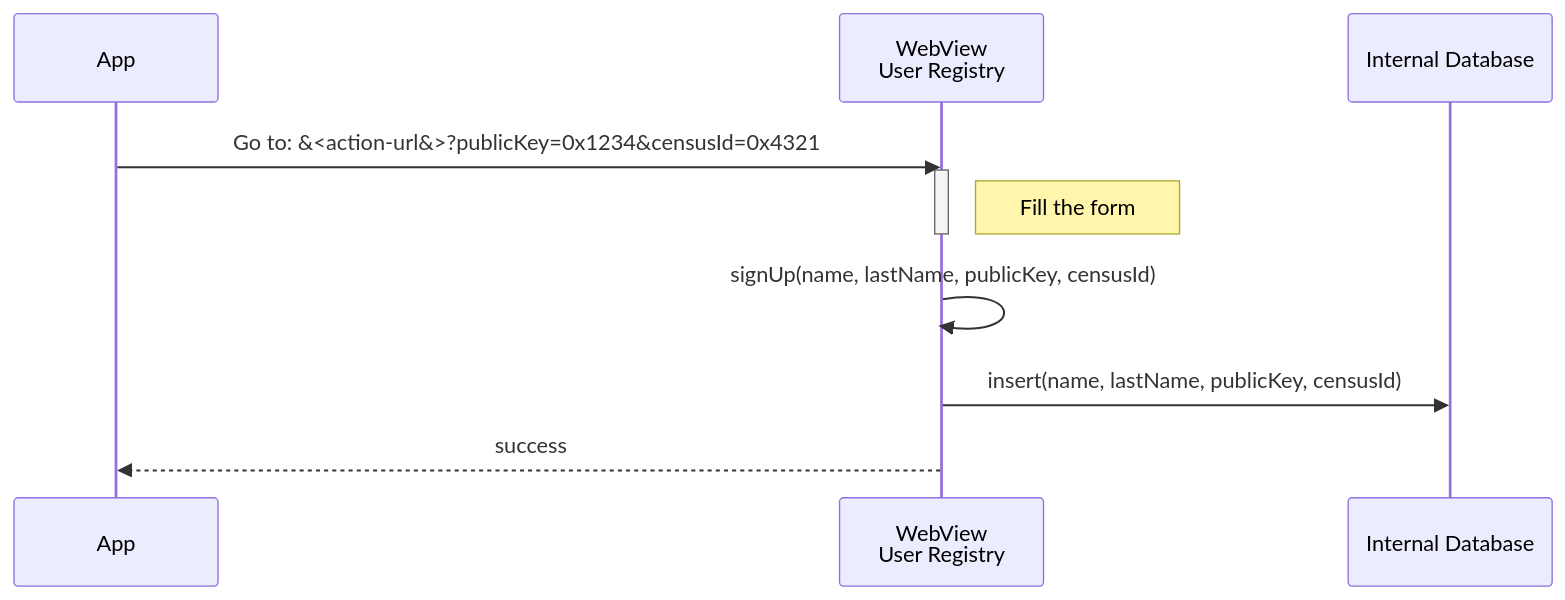
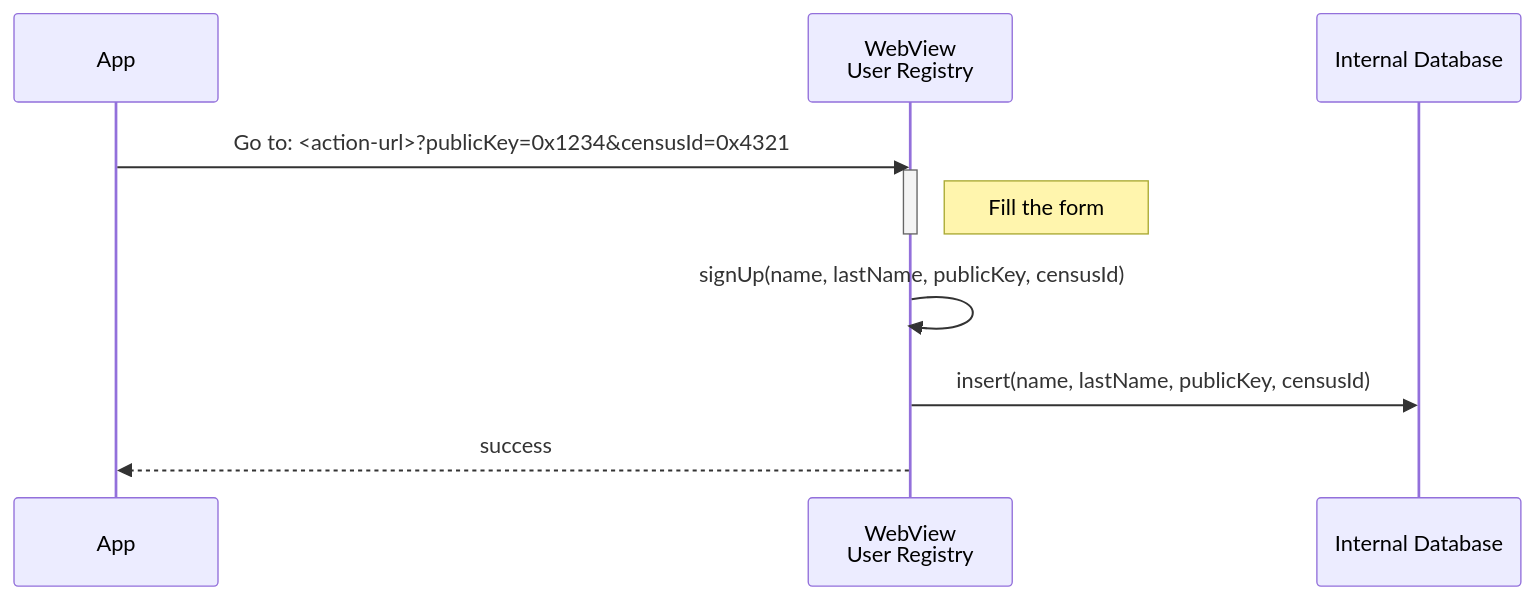
One commit to vocdoni/docs changed the fourth of 15 diagrams in docs/architecture/sequence-diagrams.md. Above: the diagram before and after it, drawn with Mermaid. The commit also changed other lines of this file and 1 other file, not shown here.

````diff
--- a/docs/architecture/sequence-diagrams.md
+++ b/docs/architecture/sequence-diagrams.md
@@ -194,16 +194,16 @@
 ```mermaid
 sequenceDiagram
     participant App
     participant UR as WebView<br/>User Registry
     participant DB as Internal Database
 
-    App->>UR: Go to: &#60;action-url&#62;?publicKey=0x1234&censusId=0x4321
+    App->>UR: Go to: #60;action-url#62;?publicKey=0x1234&censusId=0x4321
         activate UR
             Note right of UR: Fill the form
         deactivate UR
 
         UR->>UR: signUp(name, lastName, publicKey, censusId)
 
         UR->>DB: insert(name, lastName, publicKey, censusId)
     UR-->>App: success
 ```
````
